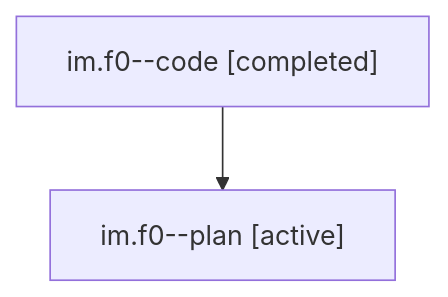
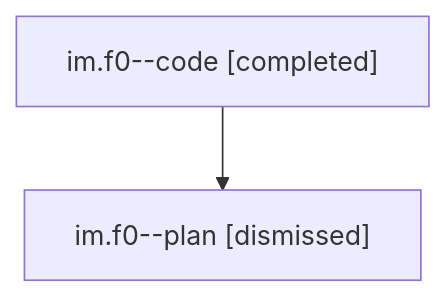
The diagram in sessions/bbugyi200.athena.im.f0.md (sase-org/sase--agents), drawn with Mermaid before and after one commit. The commit also changed other lines of this file and 7 other files, not shown here.

````diff
--- a/sessions/bbugyi200.athena.im.f0.md
+++ b/sessions/bbugyi200.athena.im.f0.md
@@ -9,6 +9,6 @@
 ```mermaid
 flowchart TD
   n0["im.f0--code [completed]"]
-  n1["im.f0--plan [active]"]
+  n1["im.f0--plan [dismissed]"]
   n0 --> n1
 ```
````
